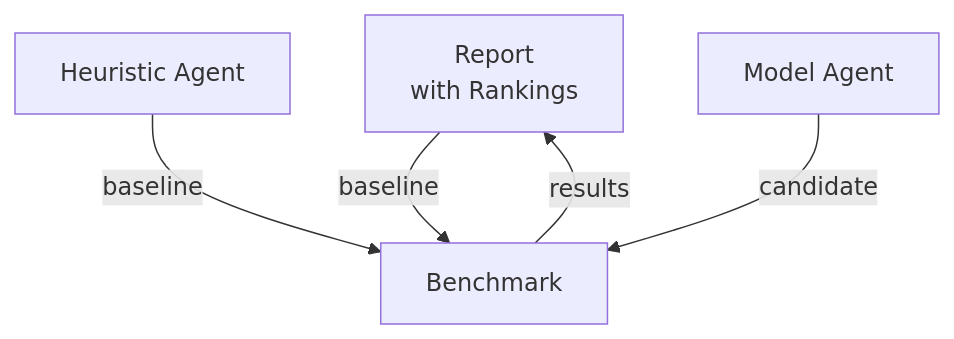
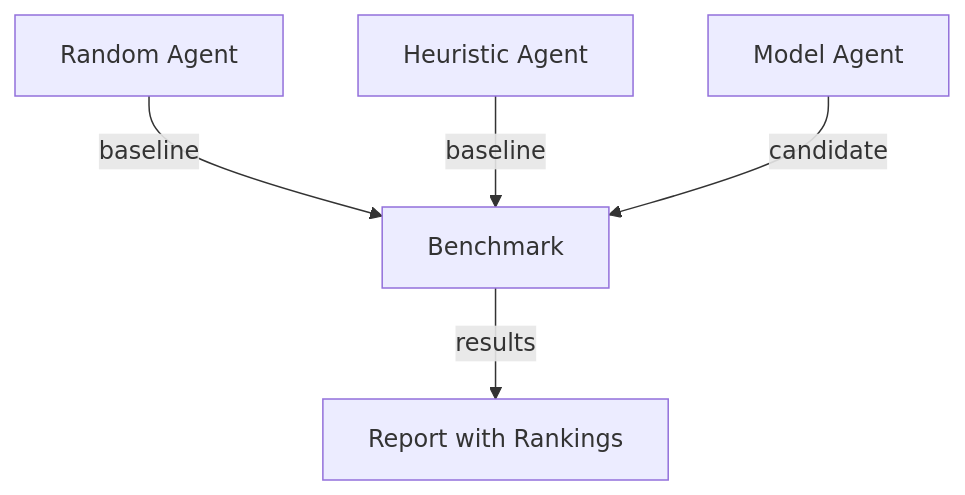
The third of 4 diagrams in plan/07-Benchmarking/01-Evaluation/01-benchmarking-framework.md (Evintkoo/2048-ml), drawn with Mermaid before and after one commit. The commit also changed other lines of this file and 14 other files, not shown here.

````diff
--- a/plan/07-Benchmarking/01-Evaluation/01-benchmarking-framework.md
+++ b/plan/07-Benchmarking/01-Evaluation/01-benchmarking-framework.md
@@ -85,7 +85,7 @@
 ```mermaid
 graph TD
     R[Random Agent] -->|baseline| BM[Benchmark]
     H[Heuristic Agent] -->|baseline| BM
     M[Model Agent] -->|candidate| BM
-    BM -->|results| R[Report<br/>with Rankings]
+    BM -->|results| Result[Report with Rankings]
 ```
````
